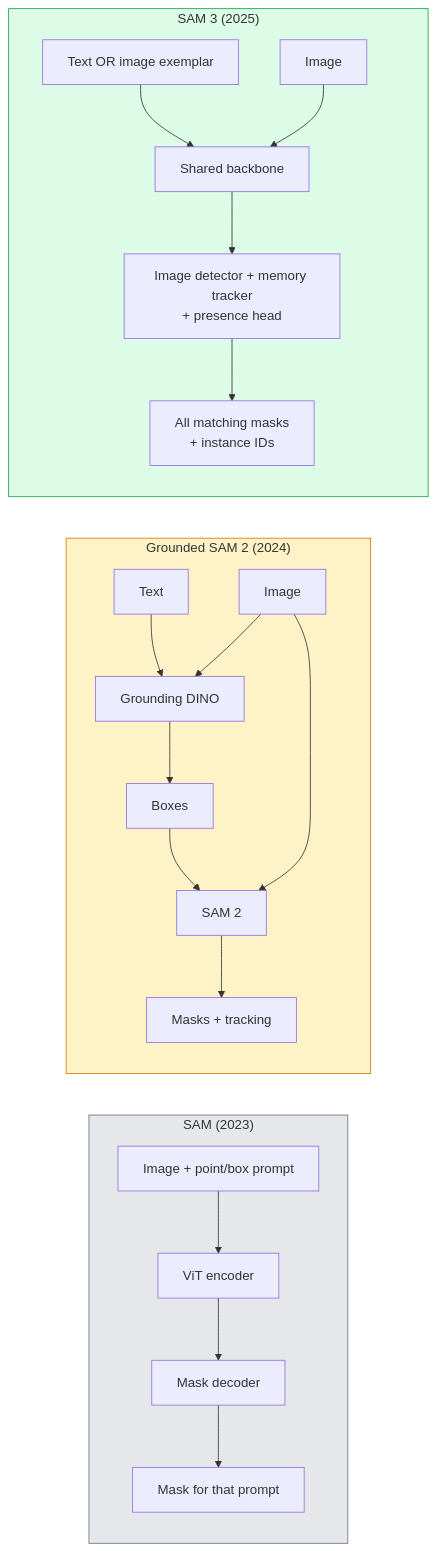
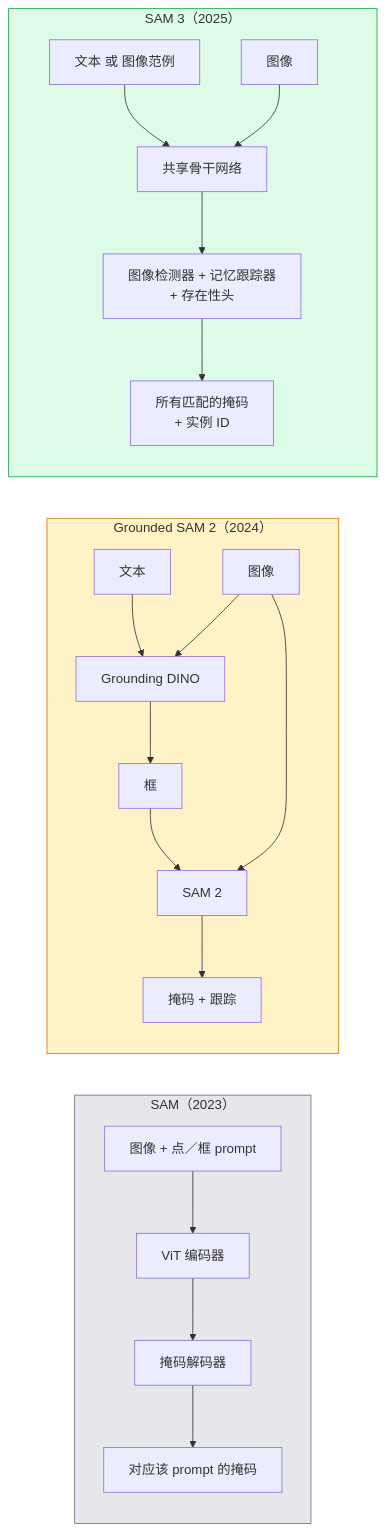
Before and after one commit to JerryC8080/ai-engineering-from-scratch-zh: the diagram in phases/04-computer-vision/24-sam3-open-vocab-segmentation/docs/zh.md, drawn with Mermaid. The commit also changed 156 other files, not shown here.

First line of the commit message:
i18n(zh): translate mermaid diagram labels in 157 lesson zh.md

````diff
--- a/phases/04-computer-vision/24-sam3-open-vocab-segmentation/docs/zh.md
+++ b/phases/04-computer-vision/24-sam3-open-vocab-segmentation/docs/zh.md
@@ -31,22 +31,22 @@
 ```mermaid
 flowchart LR
-    subgraph SAM1["SAM (2023)"]
-        A1["Image + point/box prompt"] --> A2["ViT encoder"] --> A3["Mask decoder"]
-        A3 --> A4["Mask for that prompt"]
+    subgraph SAM1["SAM（2023）"]
+        A1["图像 + 点／框 prompt"] --> A2["ViT 编码器"] --> A3["掩码解码器"]
+        A3 --> A4["对应该 prompt 的掩码"]
     end
-    subgraph GSAM2["Grounded SAM 2 (2024)"]
-        B1["Text"] --> B2["Grounding DINO"] --> B3["Boxes"] --> B4["SAM 2"] --> B5["Masks + tracking"]
-        B6["Image"] --> B2
+    subgraph GSAM2["Grounded SAM 2（2024）"]
+        B1["文本"] --> B2["Grounding DINO"] --> B3["框"] --> B4["SAM 2"] --> B5["掩码 + 跟踪"]
+        B6["图像"] --> B2
         B6 --> B4
     end
-    subgraph SAM3["SAM 3 (2025)"]
-        C1["Text OR image exemplar"] --> C2["Shared backbone"]
-        C3["Image"] --> C2
-        C2 --> C4["Image detector + memory tracker<br/>+ presence head"]
-        C4 --> C5["All matching masks<br/>+ instance IDs"]
+    subgraph SAM3["SAM 3（2025）"]
+        C1["文本 或 图像范例"] --> C2["共享骨干网络"]
+        C3["图像"] --> C2
+        C2 --> C4["图像检测器 + 记忆跟踪器<br/>+ 存在性头"]
+        C4 --> C5["所有匹配的掩码<br/>+ 实例 ID"]
     end
 
     style SAM1 fill:#e5e7eb,stroke:#6b7280
     style GSAM2 fill:#fef3c7,stroke:#d97706
     style SAM3 fill:#dcfce7,stroke:#16a34a
 ```
````
